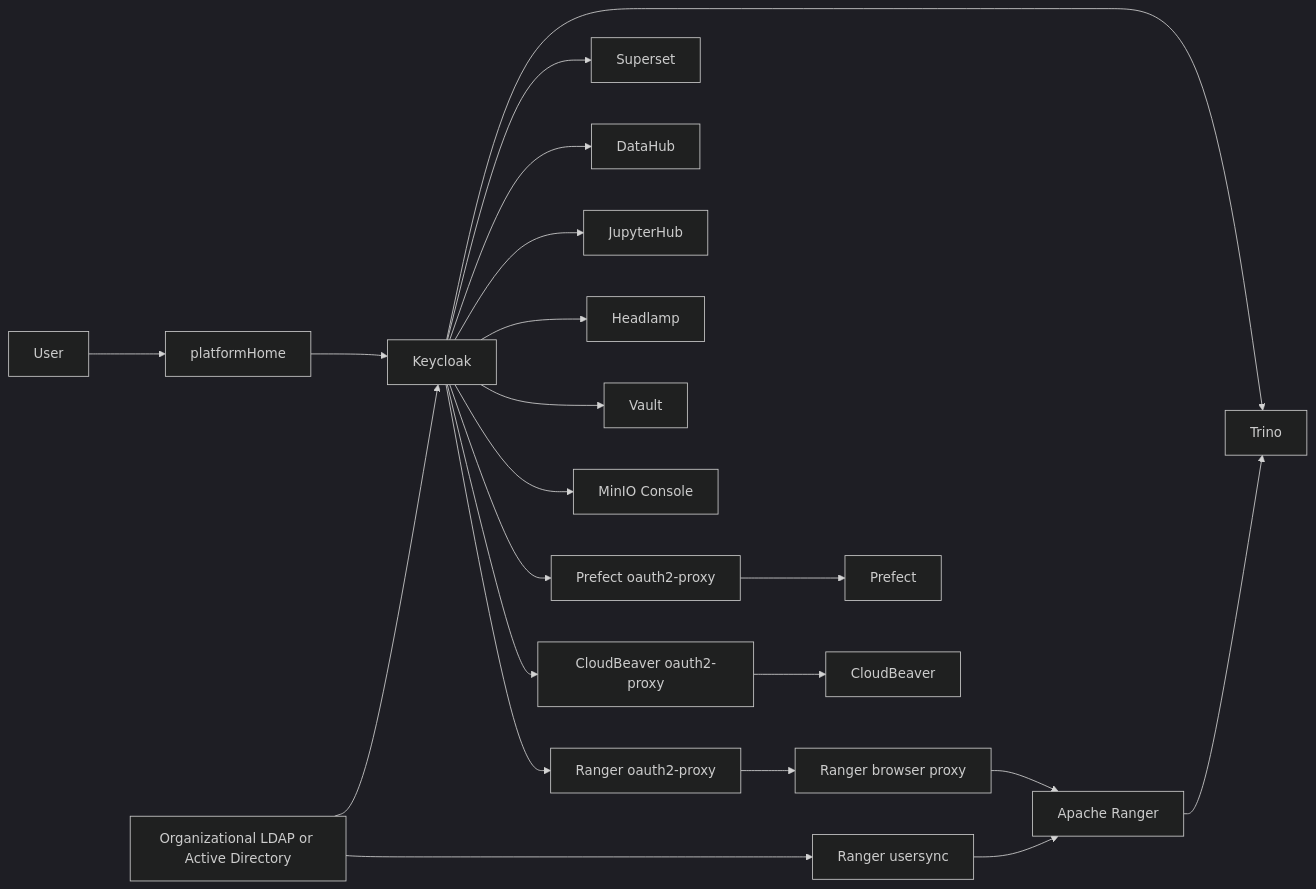
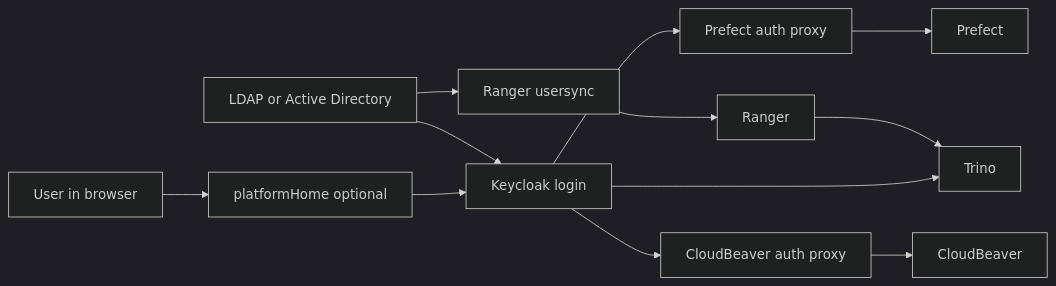
Before and after one commit to sanger-pathogens/dlh-in-a-box-umbrella-helm-chart: the diagram in docs/auth-architecture.md, drawn with Mermaid (dark theme). The commit also changed other lines of this file and 27 other files, not shown here.

Commit message:
Rewrite and simplify chart documentation

````diff
--- a/docs/auth-architecture.md
+++ b/docs/auth-architecture.md
@@ -21,23 +26,14 @@
 ```mermaid
 flowchart LR
-  User[User] --> Portal[platformHome]
-  Portal --> Keycloak[Keycloak]
-  LDAP[Organizational LDAP or Active Directory] --> Keycloak
+  User[User in browser] --> Portal[platformHome optional]
+  Portal --> Keycloak[Keycloak login]
+  LDAP[LDAP or Active Directory] --> Keycloak
   LDAP --> RangerUsersync[Ranger usersync]
   Keycloak --> Trino[Trino]
-  Keycloak --> Superset[Superset]
-  Keycloak --> DataHub[DataHub]
-  Keycloak --> JupyterHub[JupyterHub]
-  Keycloak --> Headlamp[Headlamp]
-  Keycloak --> Vault[Vault]
-  Keycloak --> MinIO[MinIO Console]
-  Keycloak --> PrefectProxy[Prefect oauth2-proxy]
+  Keycloak --> PrefectProxy[Prefect auth proxy]
+  Keycloak --> CloudBeaverProxy[CloudBeaver auth proxy]
+  RangerUsersync --> Ranger[Ranger]
   PrefectProxy --> Prefect[Prefect]
-  Keycloak --> CloudBeaverProxy[CloudBeaver oauth2-proxy]
   CloudBeaverProxy --> CloudBeaver[CloudBeaver]
-  Keycloak --> RangerProxy[Ranger oauth2-proxy]
-  RangerProxy --> RangerBrowserProxy[Ranger browser proxy]
-  RangerUsersync --> Ranger[Apache Ranger]
-  RangerBrowserProxy --> Ranger
   Ranger --> Trino
 ```
````
